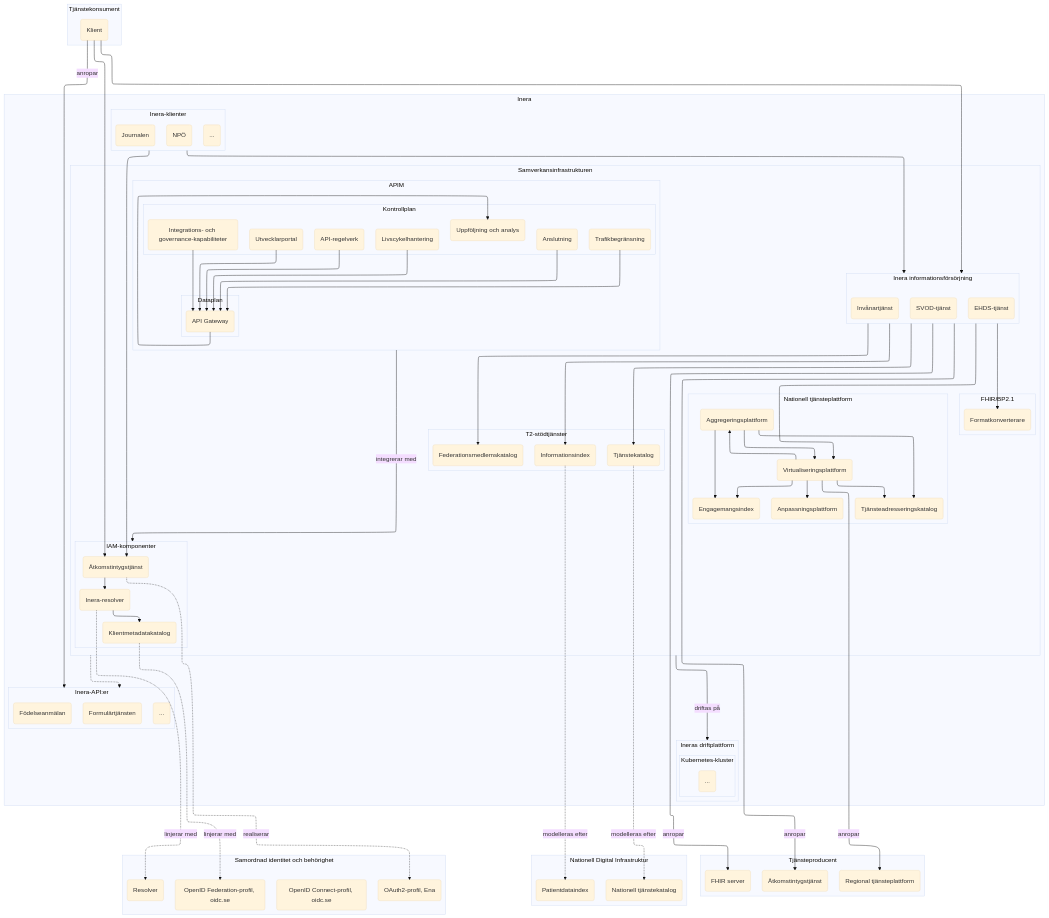
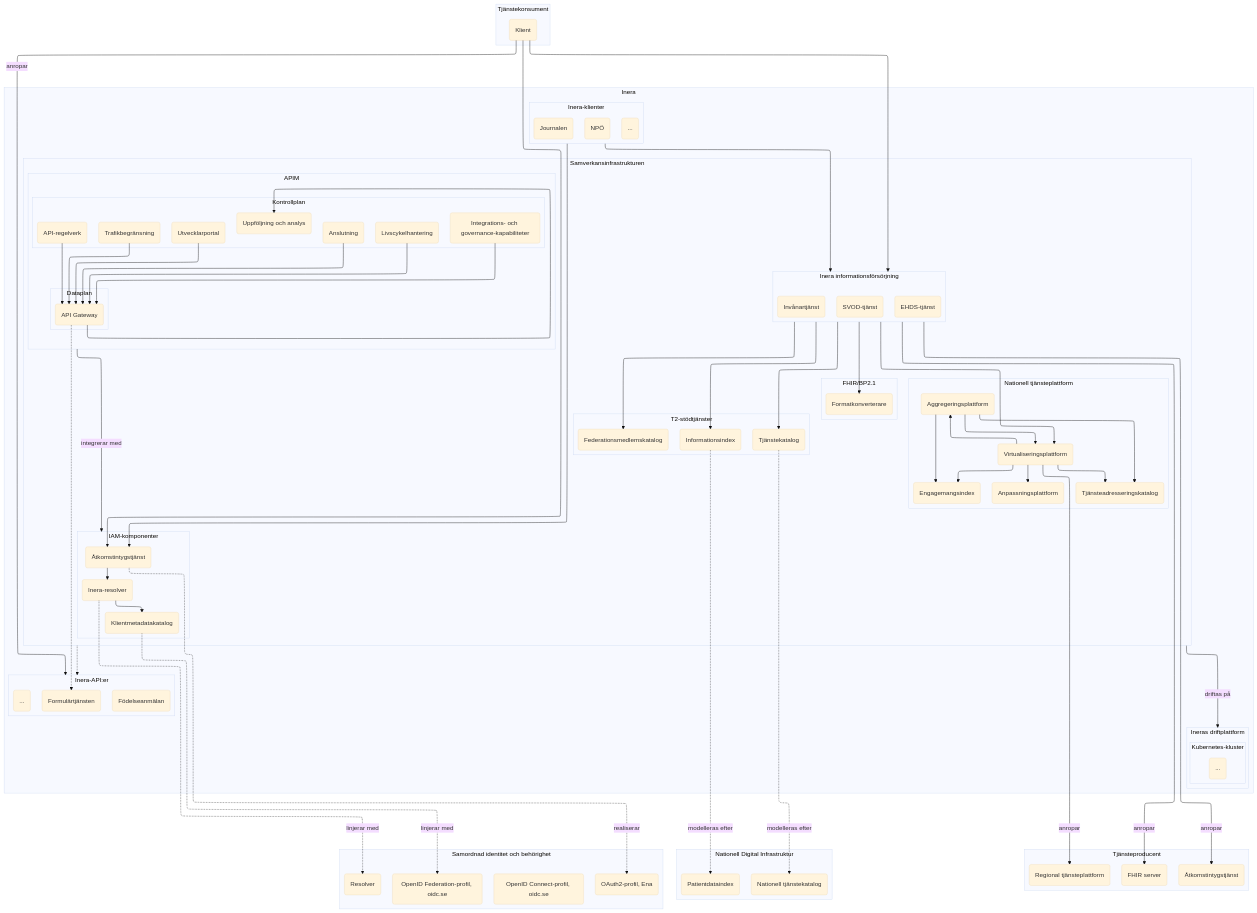
The diagram in T2-krav/test.md (anders-malmros-inera/t2mmd), drawn with Mermaid (base theme) before and after one commit.

Commit message:
Restore flowchart connection from gw to formular in test.md

````diff
--- a/T2-krav/test.md
+++ b/T2-krav/test.md
@@ -135,6 +135,6 @@
 
 
 %%tkc -- "anropar" --> formular
-%%gw -.-> formular
+gw -.-> formular
 %%gw -- "integrerar med" --> sias
 ```
````
